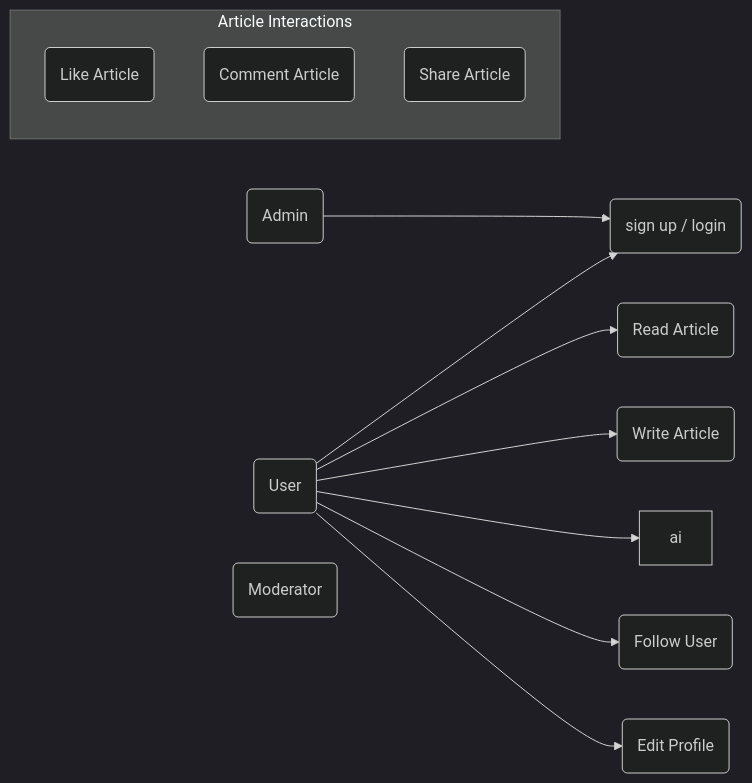
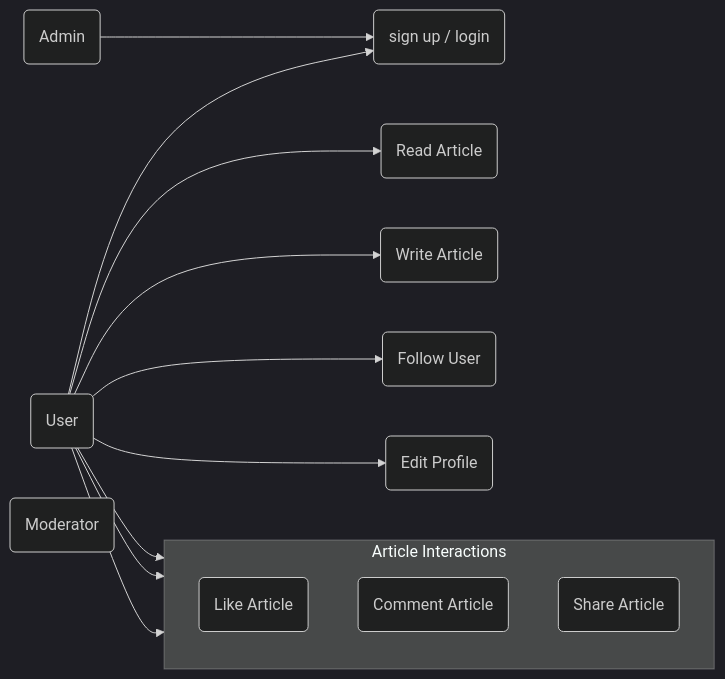
One commit to 4ry1337/my-obsidian changed the first of 6 diagrams in Capstone/Diagrams.md. Above: the diagram before and after it, drawn with Mermaid (dark theme). The commit also changed 1 other file, not shown here.

Commit message:
vault backup: 2024-01-15 11:33:52

````diff
--- a/Capstone/Diagrams.md
+++ b/Capstone/Diagrams.md
@@ -2,26 +2,27 @@
 ```mermaid
 flowchart LR
 user(User)
 admin(Admin)
 mod(Moderator)
 reg(sign up / login)
 ra(Read Article)
 wa(Write Article)
 subgraph Article Interactions
-	direction TD
+	direction TB
 	la(Like Article)
 	ca(Comment Article)
-	sa(Share Article)
 	sa(Share Article)
 end
 fu(Follow User)
 ep(Edit Profile)
 
 user --> reg
 user --> ra
 user --> wa
-user --> ai
 user --> fu
 user --> ep
+user --> la
+user --> ca
+user --> sa
 admin --> reg
 ```
````
